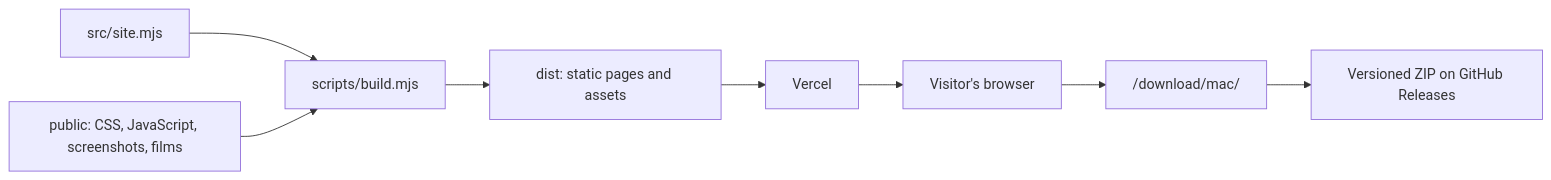
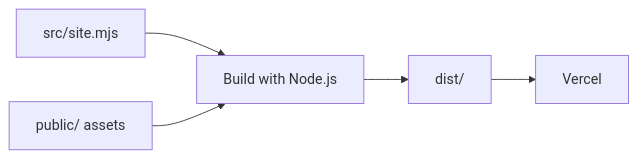
Before and after one commit to megandmartin/reliox-website: the diagram in docs/ENGINEERING.md, drawn with Mermaid. The commit also changed other lines of this file, not shown here.

Commit message:
Keep the architecture diagram compact in the GitHub document view

````diff
--- a/docs/ENGINEERING.md
+++ b/docs/ENGINEERING.md
@@ -7,10 +7,7 @@
 ```mermaid
 flowchart LR
-  Templates["src/site.mjs"] --> Build["scripts/build.mjs"]
-  Assets["public: CSS, JavaScript, screenshots, films"] --> Build
-  Build --> Output["dist: static pages and assets"]
+  Templates["src/site.mjs"] --> Build["Build with Node.js"]
+  Assets["public/ assets"] --> Build
+  Build --> Output["dist/"]
   Output --> Hosting["Vercel"]
-  Hosting --> Browser["Visitor's browser"]
-  Browser --> Redirect["/download/mac/"]
-  Redirect --> Release["Versioned ZIP on GitHub Releases"]
 ```
````
